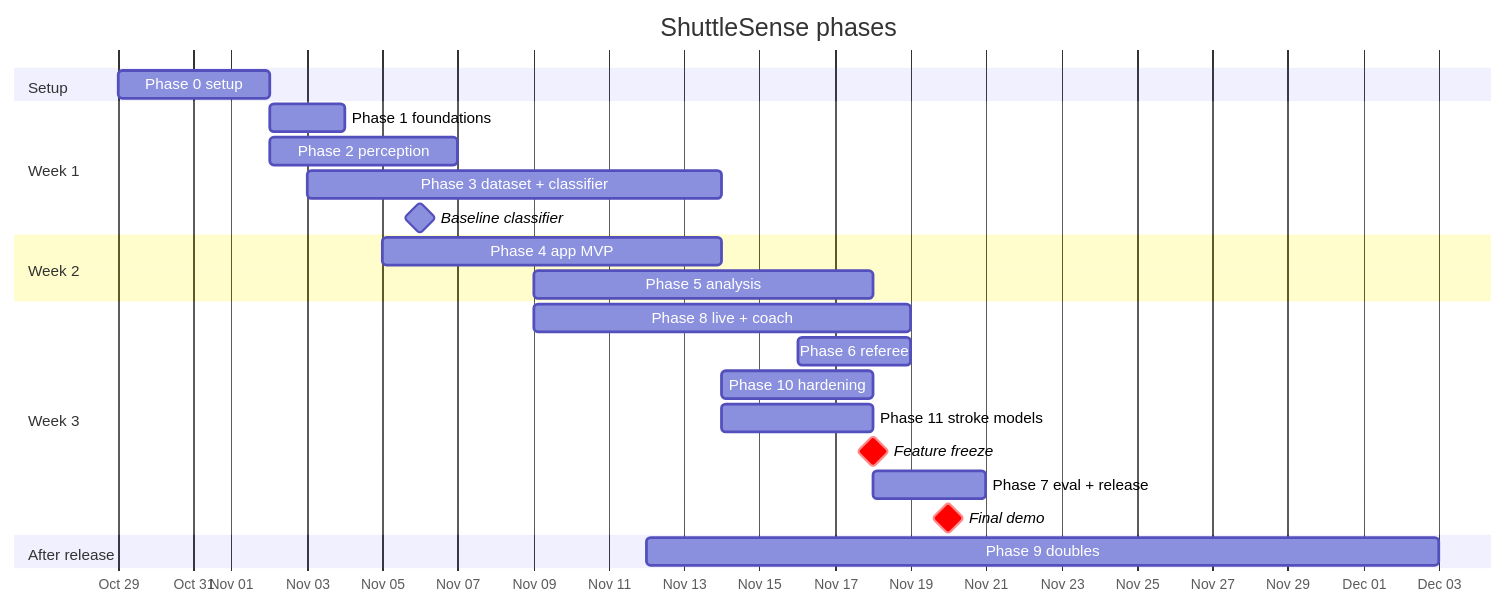
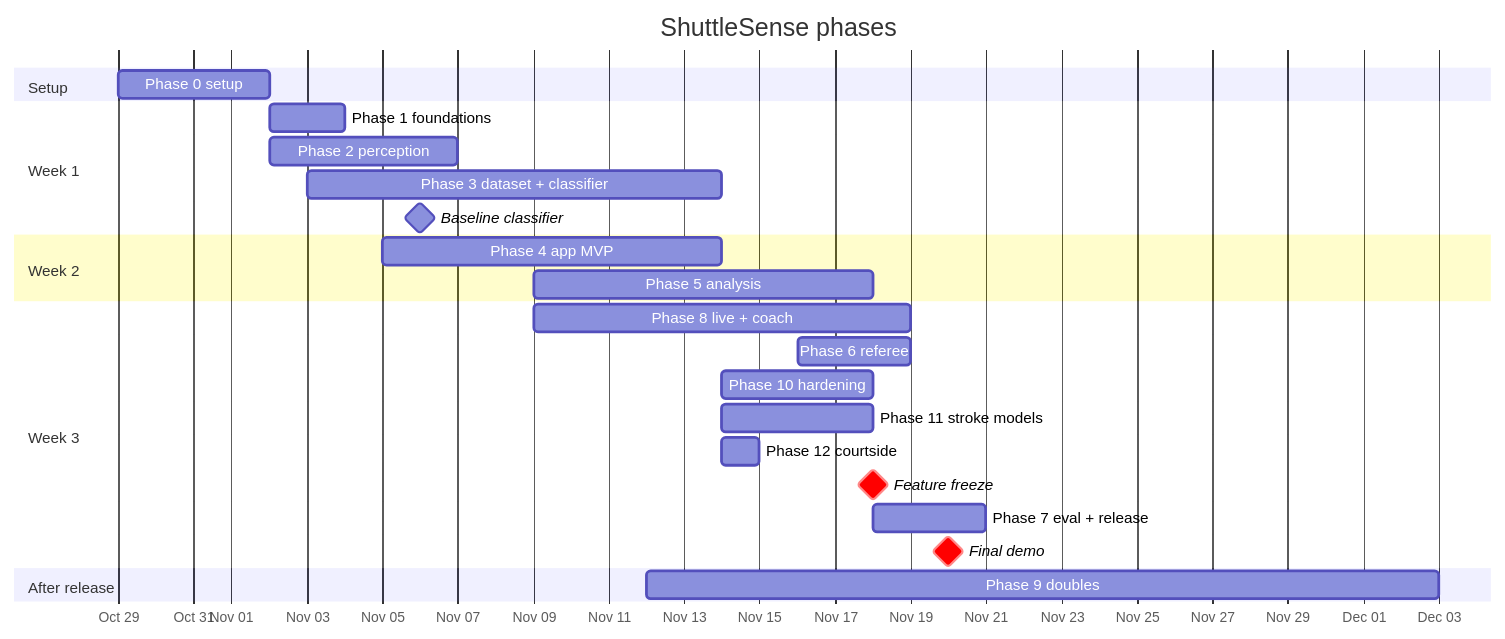
The first of 3 diagrams in docs/PHASES.md (Mist10148/ShuttleSense), drawn with Mermaid before and after one commit. The commit also changed other lines of this file and 7 other files, not shown here.

First line of the commit message:
docs: Phase 12 courtside referee and coach, task plan and step notes (T12.8)

````diff
--- a/docs/PHASES.md
+++ b/docs/PHASES.md
@@ -59,26 +60,27 @@
 ```mermaid
 gantt
     title ShuttleSense phases
     dateFormat YYYY-MM-DD
     axisFormat %b %d
     section Setup
     Phase 0 setup                  :p0, 2026-10-29, 4d
     section Week 1
     Phase 1 foundations            :p1, 2026-11-02, 2d
     Phase 2 perception             :p2, 2026-11-02, 5d
     Phase 3 dataset + classifier   :p3, 2026-11-03, 11d
     Baseline classifier            :milestone, 2026-11-06, 0d
     section Week 2
     Phase 4 app MVP                :p4, 2026-11-05, 9d
     Phase 5 analysis               :p5, 2026-11-09, 9d
     section Week 3
     Phase 8 live + coach           :p8, 2026-11-09, 10d
     Phase 6 referee                :p6, 2026-11-16, 3d
     Phase 10 hardening             :p10, 2026-11-14, 4d
     Phase 11 stroke models         :p11, 2026-11-14, 4d
+    Phase 12 courtside             :p12, 2026-11-14, 1d
     Feature freeze                 :milestone, crit, 2026-11-18, 0d
     Phase 7 eval + release         :p7, 2026-11-18, 3d
     Final demo                     :milestone, crit, 2026-11-20, 0d
     section After release
     Phase 9 doubles                :p9, 2026-11-12, 21d
 ```
````
